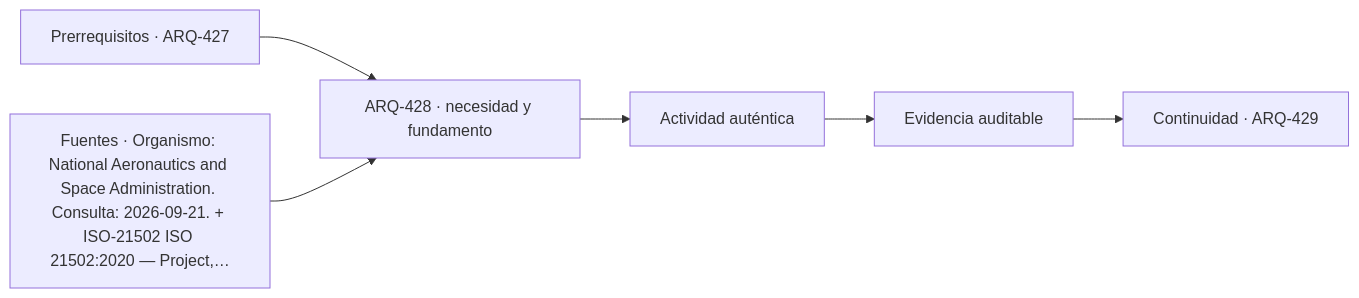
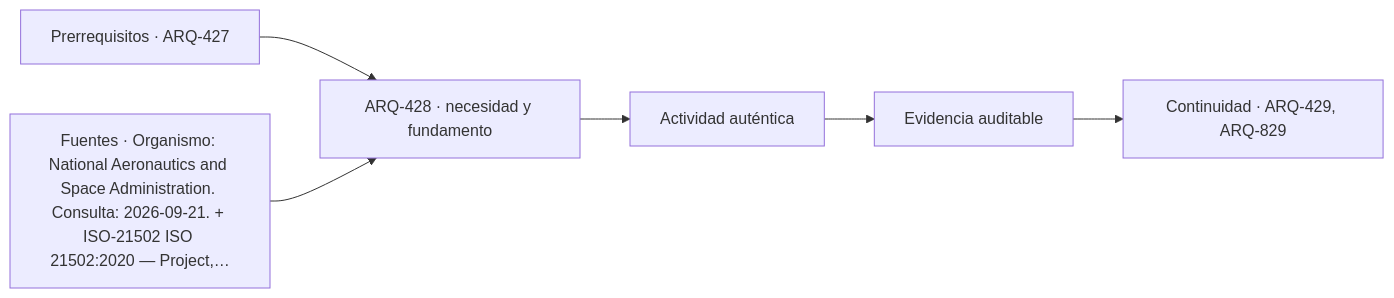
Before and after one commit to vladimiracunadev-create/architecture-built-environment-learning-program: the diagram in classes/parte-43/ARQ-428.md, drawn with Mermaid. The commit also changed other lines of this file and 234 other files, not shown here.

````diff
--- a/classes/parte-43/ARQ-428.md
+++ b/classes/parte-43/ARQ-428.md
@@ -87,8 +87,8 @@
 ```mermaid
 flowchart LR
     A["Prerrequisitos · ARQ-427"] --> B["ARQ-428 · necesidad y fundamento"]
     S["Fuentes · Organismo: National Aeronautics and Space Administration. Consulta: 2026-09-21. + ISO-21502 ISO 21502:2020 — Project,…"] --> B
     B --> C["Actividad auténtica"]
     C --> D["Evidencia auditable"]
-    D --> E["Continuidad · ARQ-429"]
+    D --> E["Continuidad · ARQ-429, ARQ-829"]
 ```
````
